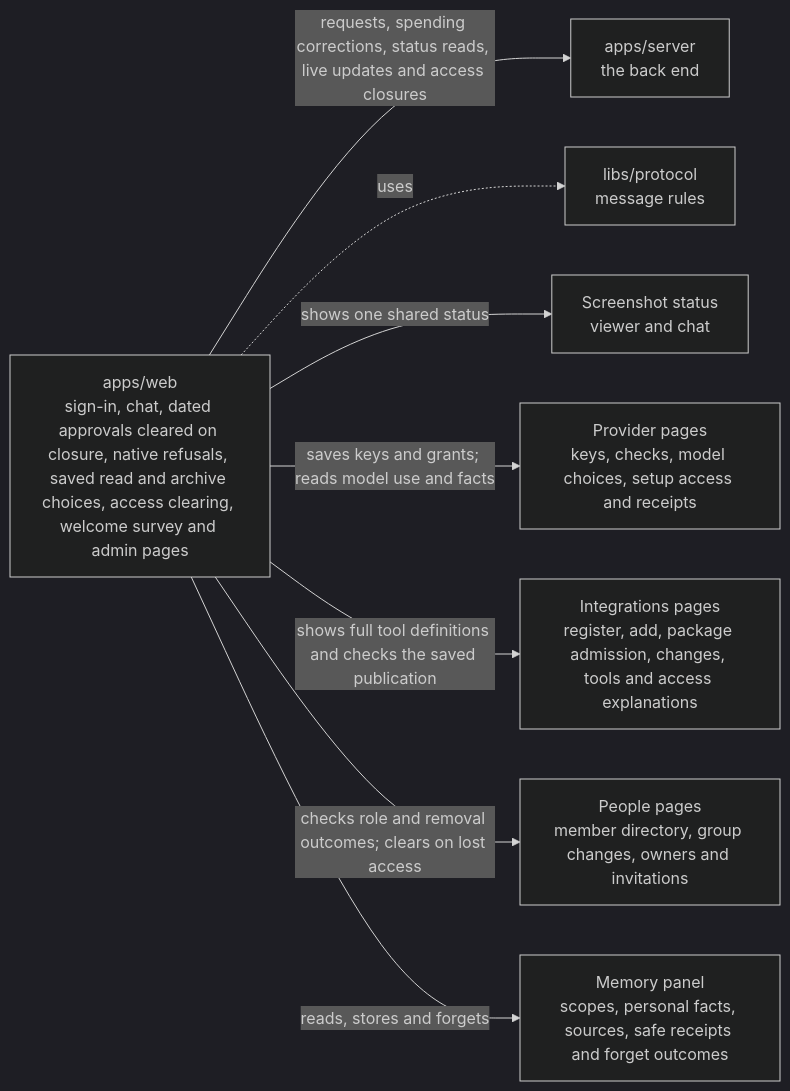
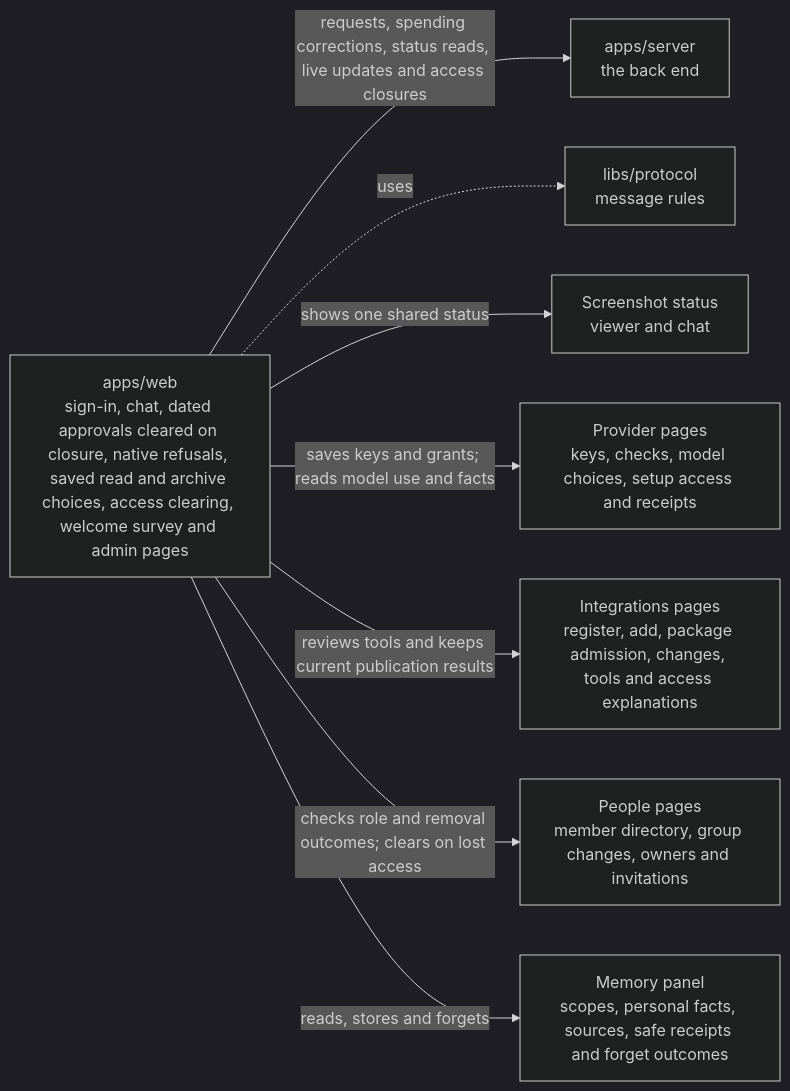
One commit to elewa-git/opencrane-new changed the diagram in apps/web/README.md. Above: the diagram before and after it, drawn with Mermaid (dark theme). The commit also changed other lines of this file and 55 other files, not shown here.

First line of the commit message:
🧰 Admins review a new tool server’s exact tools and publish them, and every new tool stays blocked until they choose (#548)

````diff
--- a/apps/web/README.md
+++ b/apps/web/README.md
@@ -11,10 +11,10 @@
 ```mermaid
 flowchart LR
   web["apps/web<br/>sign-in, chat, dated approvals cleared on closure, native refusals, saved read and archive choices, access clearing, welcome survey and admin pages"] -->|requests, spending corrections, status reads, live updates and access closures| server["apps/server<br/>the back end"]
   web -.->|uses| protocol["libs/protocol<br/>message rules"]
   web -->|shows one shared status| capture["Screenshot status<br/>viewer and chat"]
   web -->|saves keys and grants; reads model use and facts| providers["Provider pages<br/>keys, checks, model choices, setup access and receipts"]
-  web -->|shows full tool definitions and checks the saved publication| integrations["Integrations pages<br/>register, add, package admission, changes, tools and access explanations"]
+  web -->|reviews tools and keeps current publication results| integrations["Integrations pages<br/>register, add, package admission, changes, tools and access explanations"]
   web -->|checks role and removal outcomes; clears on lost access| people["People pages<br/>member directory, group changes, owners and invitations"]
   web -->|reads, stores and forgets| memory["Memory panel<br/>scopes, personal facts, sources, safe receipts and forget outcomes"]
 ```
````
